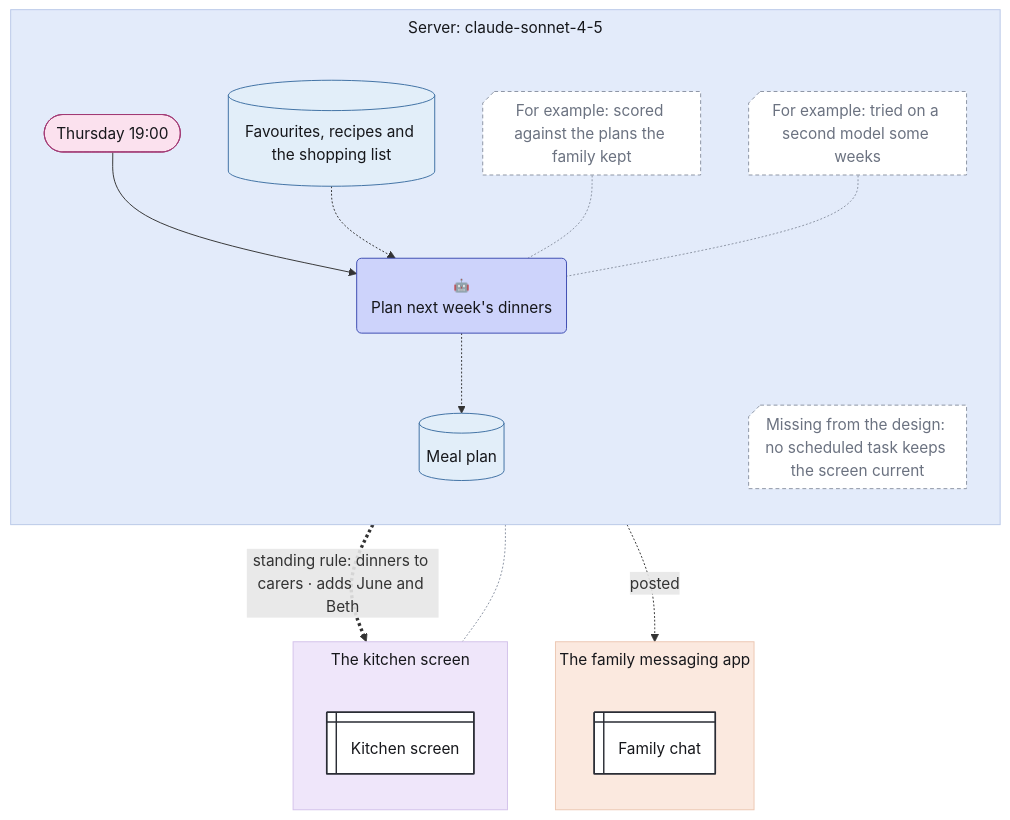
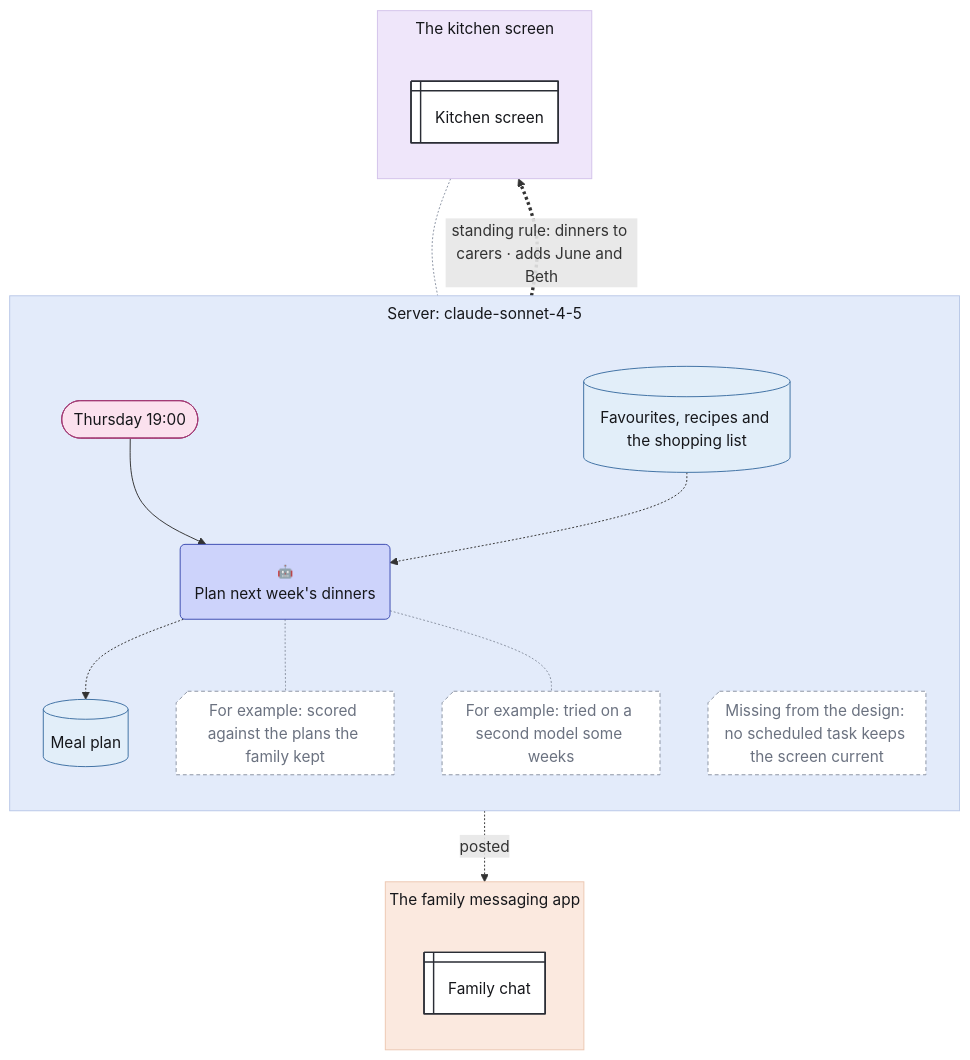
Before and after one commit to chrismdp/awml: the diagram in examples/dinners-home.mmd, drawn with Mermaid. The commit also changed 20 other files, not shown here.

```diff
--- a/examples/dinners-home.mmd
+++ b/examples/dinners-home.mmd
@@ -1,58 +1,58 @@
 ---
 config:
   theme: default
   fontFamily: Inter, sans-serif
   flowchart:
     useMaxWidth: false
     subGraphTitleMargin:
       top: 6
       bottom: 30
 ---
 flowchart TB
   subgraph server["Server#58; claude#45;sonnet#45;4#45;5"]
     direction TB
     thu(["Thursday 19#58;00"])
     favourites[("Favourites#44; recipes and the shopping list")]
     plan("<small style='color:rgb(61,67,79)'>🤖</small><br>Plan next week#39;s dinners")
     mealplan[("Meal plan")]
     screen_gap@{ shape: notch-rect, label: "Missing from the design#58; no scheduled task keeps the screen current" }
     scored@{ shape: notch-rect, label: "For example#58; scored against the plans the family kept" }
     tried@{ shape: notch-rect, label: "For example#58; tried on a second model some weeks" }
   end
   subgraph app["The family messaging app"]
     direction TB
     chat@{ shape: win-pane, label: "Family chat" }
   end
   subgraph wall["The kitchen screen"]
     direction TB
     screen@{ shape: win-pane, label: "Kitchen screen" }
   end
 
   thu --> plan
   favourites -.-> plan
   plan -.-> mealplan
   mealplan -.->|"posted"| chat
   mealplan ==>|"standing rule#58; dinners to carers · adds June and Beth"| screen
-  screen_gap -.- screen
-  scored -.- plan
-  tried -.- plan
+  screen -.- screen_gap
+  plan -.- scored
+  plan -.- tried
   classDef trig fill:#fbe1ee,stroke:#a33a74,color:#16171b
   classDef ctx fill:#e2eef9,stroke:#3d6fa3,color:#16171b
   classDef con fill:#eceef2,stroke:#5d6472,color:#16171b
   classDef surf fill:#ffffff,stroke:#2a2d35,stroke-width:1.5px,color:#16171b
   classDef out fill:#fde4dc,stroke:#b5532f,color:#16171b
   classDef ai fill:#cdd3fb,stroke:#3b4bb0,color:#16171b
   classDef code fill:#c4e3d1,stroke:#2b7a4f,color:#16171b
   classDef person fill:#f7d79a,stroke:#9a6100,color:#16171b
   classDef uml fill:#16171b,stroke:#16171b,color:#16171b
   classDef gap fill:#ffffff,stroke:#8a93a3,stroke-dasharray:4 3,color:#6b7280
   class thu trig
   class favourites,mealplan ctx
   class screen,chat surf
   class plan ai
   class screen_gap,scored,tried gap
   style server fill:#e3ebfa,stroke:#b9c8e8,color:#16171b
   style app fill:#fbe9df,stroke:#ecc7b2,color:#16171b
   style wall fill:#efe6fa,stroke:#d3c2ea,color:#16171b
   linkStyle 4 stroke-dasharray:3
   linkStyle 5,6,7 stroke:#8a93a3
```
